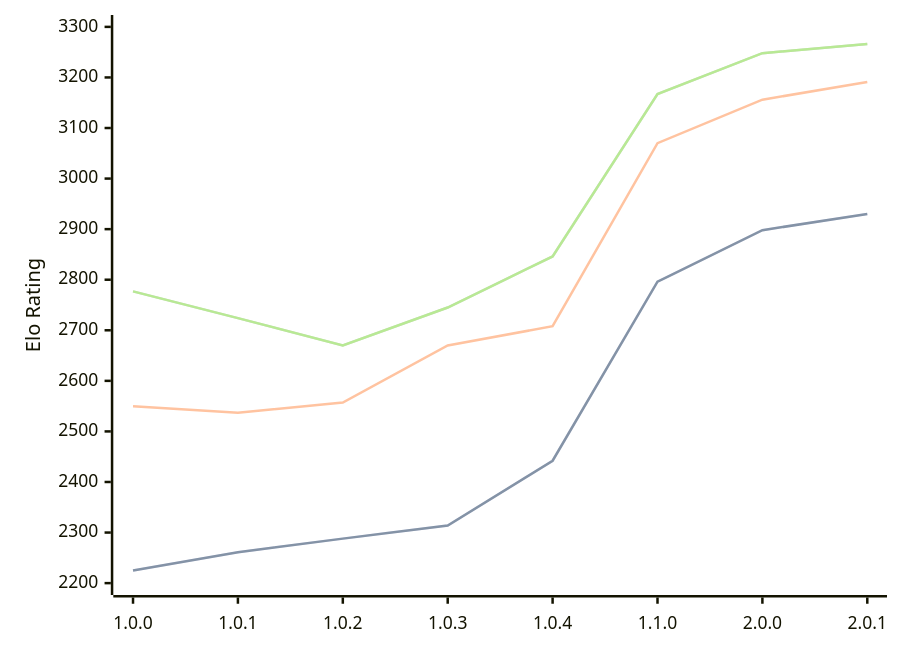
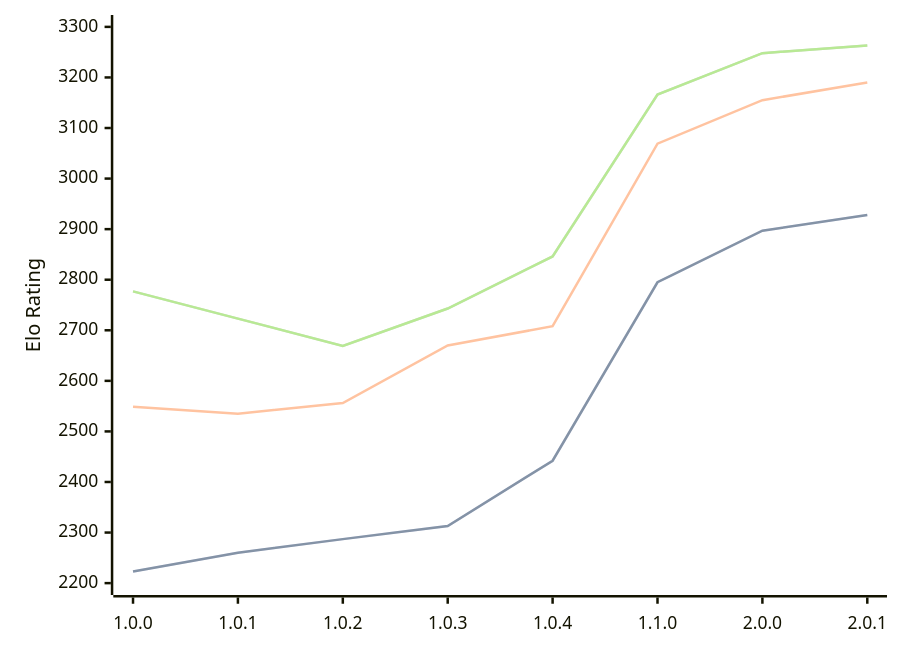
The diagram in engines/Grail.md (computer-chess-index/cci), drawn with Mermaid before and after one commit. The commit also changed other lines of this file, not shown here.

Commit message:
Update CCI Ratings (ELO VLTC) - 2026-08-04

````diff
--- a/engines/Grail.md
+++ b/engines/Grail.md
@@ -38,11 +38,11 @@
 ```mermaid
 %%{init: {"theme":"base","themeVariables":{"seriesColors:['#a3a3a3','#222221','#faa371']}}}%%
 xychart-beta
   x-axis ["1.0.0", "1.0.1", "1.0.2", "1.0.3", "1.0.4", "1.1.0", "2.0.0", "2.0.1"]
   y-axis "Elo Rating" 2200 --> 3300
-  line "STC (8.0+0.08s)" [2225, 2261, 2288, 2314, 2442, 2796, 2898, 2930]
-  line "STC (8.0+0.08s)" [2225, 2261, 2288, 2314, 2442, 2796, 2898, 2930]
-  line "LTC (60.0+0.60s)" [2550, 2537, 2557, 2670, 2708, 3070, 3156, 3191]
-  line "VLTC (2m24s+1.12s)" [2777, 2724, 2670, 2745, 2846, 3167, 3248, 3266]
-  line "VLTC (2m24s+1.12s)" [2777, 2724, 2670, 2745, 2846, 3167, 3248, 3266]
+  line "STC (8.0+0.08s)" [2223, 2260, 2287, 2313, 2442, 2795, 2897, 2928]
+  line "STC (8.0+0.08s)" [2223, 2260, 2287, 2313, 2442, 2795, 2897, 2928]
+  line "LTC (60.0+0.60s)" [2549, 2535, 2556, 2670, 2708, 3069, 3155, 3190]
+  line "VLTC (2m24s+1.12s)" [2777, 2723, 2669, 2743, 2846, 3166, 3248, 3263]
+  line "VLTC (2m24s+1.12s)" [2777, 2723, 2669, 2743, 2846, 3166, 3248, 3263]
 ```
````
